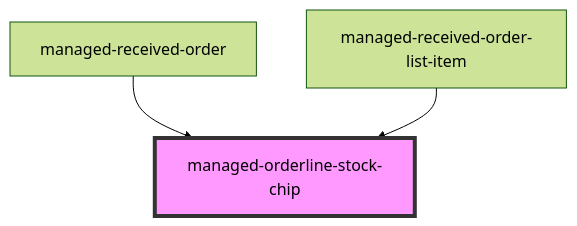
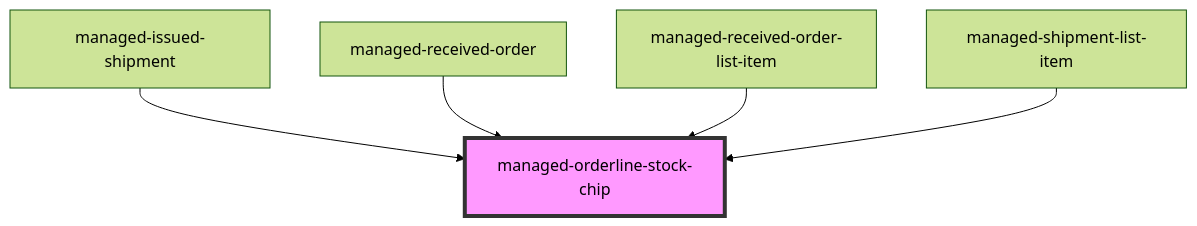
Before and after one commit to PharmaLedger-IMI/fgt-workspace: the diagram in pdm-web-components/src/components/managed-orderline-stock-chip/readme.md, drawn with Mermaid (forest theme). The commit also changed other lines of this file and 33 other files, not shown here.

````diff
--- a/pdm-web-components/src/components/managed-orderline-stock-chip/readme.md
+++ b/pdm-web-components/src/components/managed-orderline-stock-chip/readme.md
@@ -36,6 +38,8 @@
 ```mermaid
 graph TD;
+  managed-issued-shipment --> managed-orderline-stock-chip
   managed-received-order --> managed-orderline-stock-chip
   managed-received-order-list-item --> managed-orderline-stock-chip
+  managed-shipment-list-item --> managed-orderline-stock-chip
   style managed-orderline-stock-chip fill:#f9f,stroke:#333,stroke-width:4px
 ```
````
